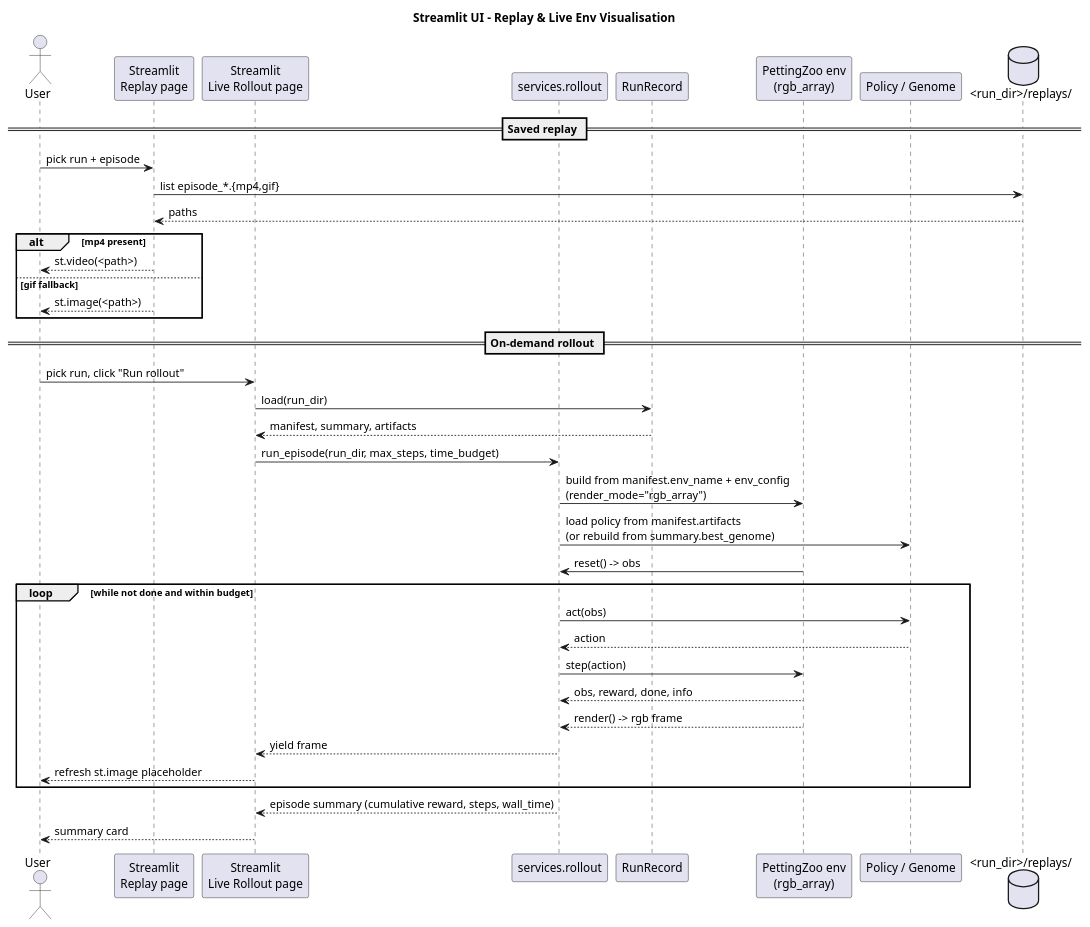
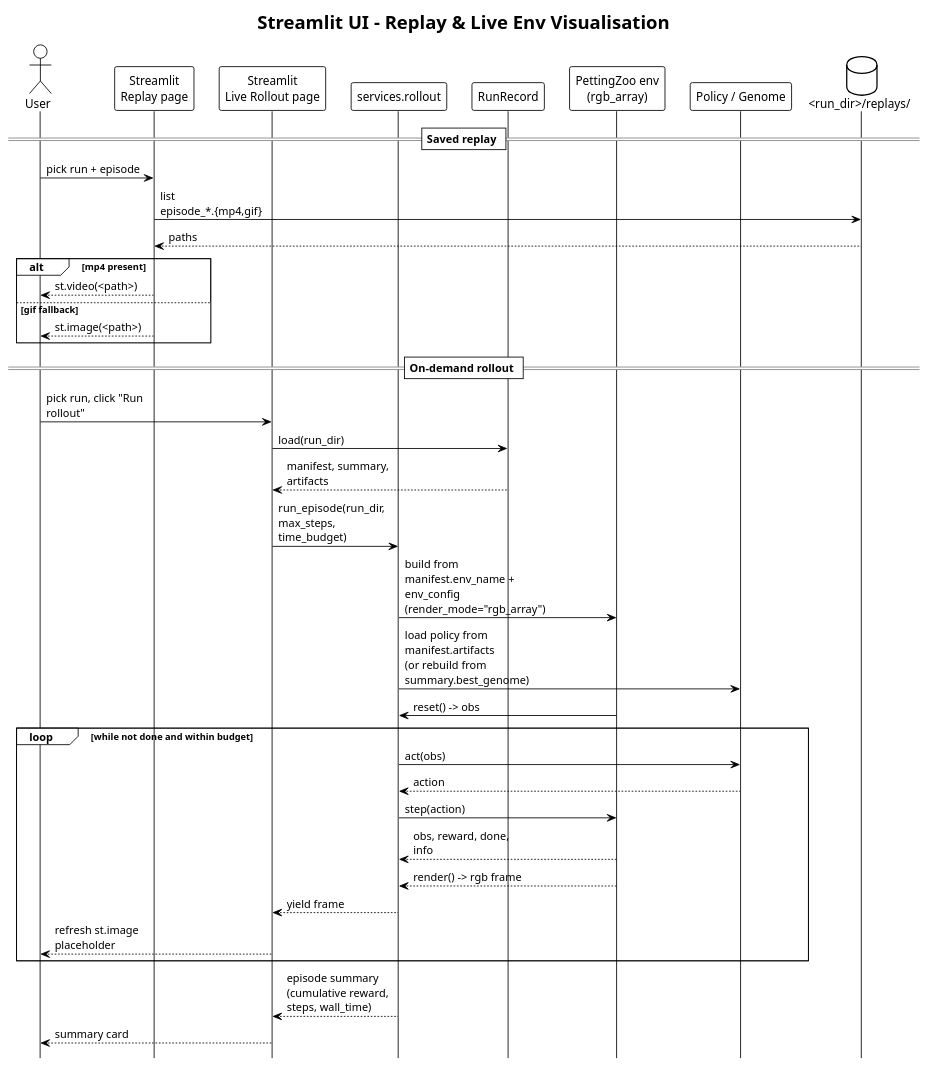
One commit to Alex180504/DEAP-Zoo-bridge changed the diagram in docs/UML/sequence_ui_replay_envviz.puml. Above: the diagram before and after it, drawn with PlantUML. The commit also changed 71 other files, not shown here.

Commit message:
Update UML

```diff
--- a/docs/UML/sequence_ui_replay_envviz.puml
+++ b/docs/UML/sequence_ui_replay_envviz.puml
@@ -1,46 +1,51 @@
 @startuml sequence_ui_replay_envviz
+!theme plain
+' Compact layout (tuned per diagram — see README, 'Sequence-diagram layout').
+hide footbox
+skinparam maxMessageSize 140
+skinparam wrapWidth 200
 title Streamlit UI – Replay & Live Env Visualisation
 
 actor "User" as U
 participant "Streamlit\nReplay page" as RP
 participant "Streamlit\nLive Rollout page" as LP
 participant "services.rollout" as RS
 participant "RunRecord" as RR
 participant "PettingZoo env\n(rgb_array)" as ENV
 participant "Policy / Genome" as POL
 database  "<run_dir>/replays/" as FS
 
 == Saved replay ==
 U -> RP: pick run + episode
 RP -> FS: list episode_*.{mp4,gif}
 FS --> RP: paths
 alt mp4 present
     RP --> U: st.video(<path>)
 else gif fallback
     RP --> U: st.image(<path>)
 end
 
 == On-demand rollout ==
 U -> LP: pick run, click "Run rollout"
 LP -> RR: load(run_dir)
 RR --> LP: manifest, summary, artifacts
 
 LP -> RS: run_episode(run_dir, max_steps, time_budget)
 RS -> ENV: build from manifest.env_name + env_config\n(render_mode="rgb_array")
 RS -> POL: load policy from manifest.artifacts\n(or rebuild from summary.best_genome)
 
 ENV -> RS: reset() -> obs
 loop while not done and within budget
     RS -> POL: act(obs)
     POL --> RS: action
     RS -> ENV: step(action)
     ENV --> RS: obs, reward, done, info
     ENV --> RS: render() -> rgb frame
     RS --> LP: yield frame
     LP --> U: refresh st.image placeholder
 end
 
 RS --> LP: episode summary (cumulative reward, steps, wall_time)
 LP --> U: summary card
 
 @enduml
```
